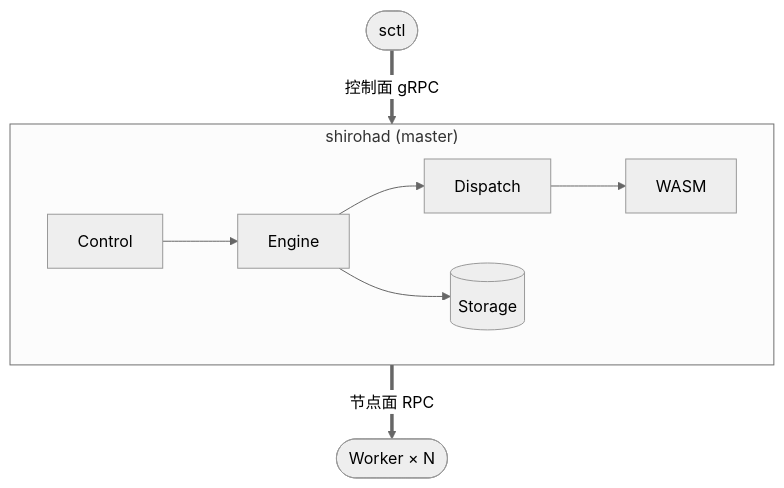
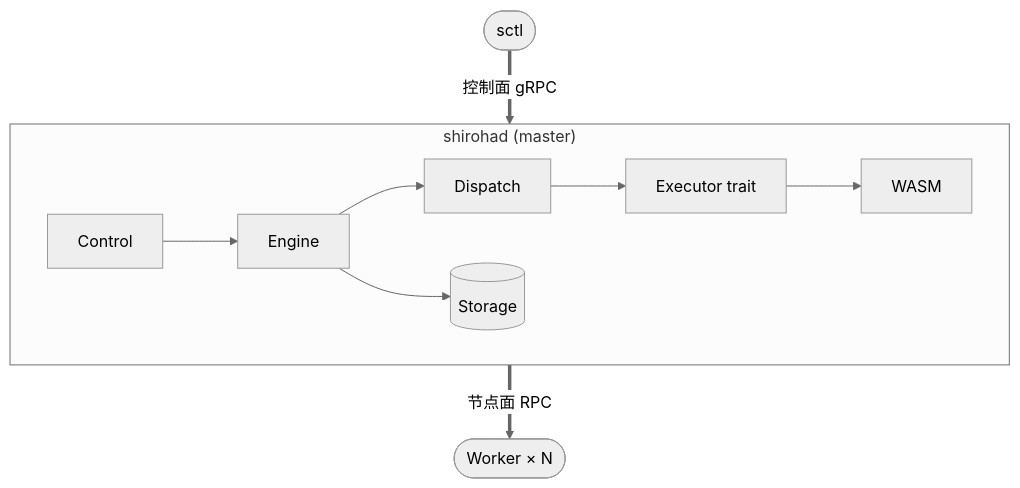
One commit to Hobr/Shiroha changed the diagram in doc/architecture.md. Above: the diagram before and after it, drawn with Mermaid (neutral theme). The commit also changed other lines of this file and 12 other files, not shown here.

````diff
--- a/doc/architecture.md
+++ b/doc/architecture.md
@@ -37,16 +37,17 @@
 ```mermaid
 flowchart TB
     sctl([sctl])
 
     subgraph master["shirohad (master)"]
         direction LR
         Control[Control] --> Engine[Engine] --> Dispatch[Dispatch]
         Engine --> Storage[(Storage)]
-        Dispatch --> WASM[WASM]
+        Dispatch --> Executor["Executor trait"]
+        Executor --> WASM[WASM]
     end
 
     Worker([Worker × N])
 
     sctl ==>|控制面 gRPC| Control
     Dispatch ==>|节点面 RPC| Worker
 ```
````
